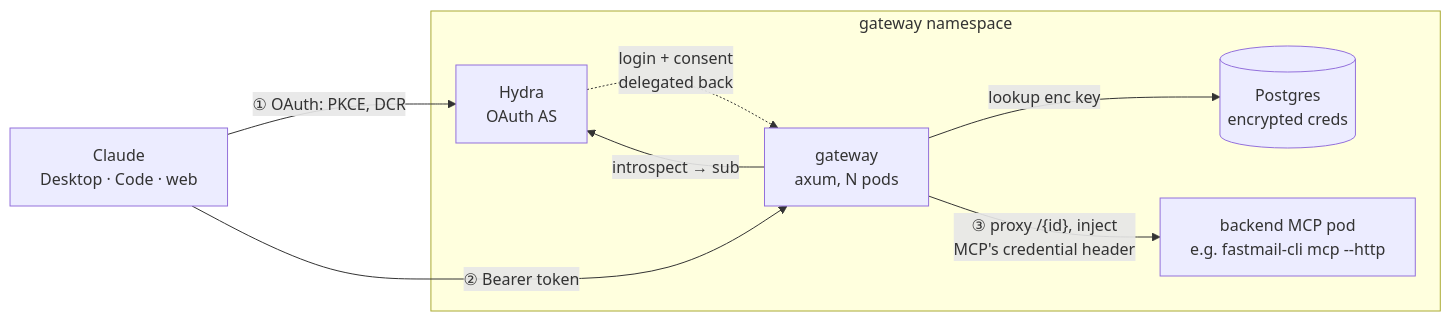
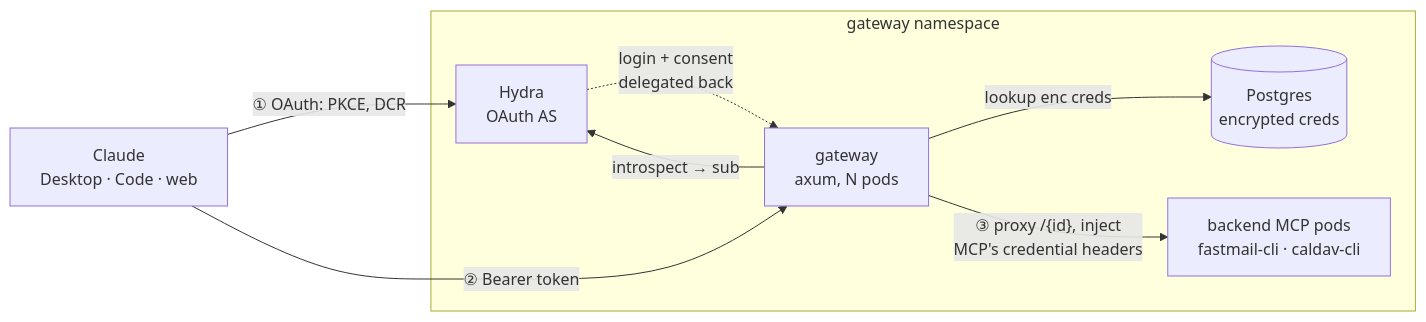
One commit to radiosilence/mcp-gateway changed the diagram in README.md. Above: the diagram before and after it, drawn with Mermaid. The commit also changed other lines of this file and 11 other files, not shown here.

````diff
--- a/README.md
+++ b/README.md
@@ -25,18 +30,18 @@
 ```mermaid
 flowchart LR
   C["Claude<br/>Desktop · Code · web"]
 
   subgraph ns["gateway namespace"]
     G["gateway<br/>axum, N pods"]
     H["Hydra<br/>OAuth AS"]
     DB[("Postgres<br/>encrypted creds")]
-    B["backend MCP pod<br/>e.g. fastmail-cli mcp --http"]
+    B["backend MCP pods<br/>fastmail-cli · caldav-cli"]
   end
 
   C -->|"① OAuth: PKCE, DCR"| H
   H -.->|"login + consent<br/>delegated back"| G
   C -->|"② Bearer token"| G
   G -->|"introspect → sub"| H
-  G -->|"lookup enc key"| DB
-  G -->|"③ proxy /{id}, inject<br/>MCP's credential header"| B
+  G -->|"lookup enc creds"| DB
+  G -->|"③ proxy /{id}, inject<br/>MCP's credential headers"| B
 ```
````
